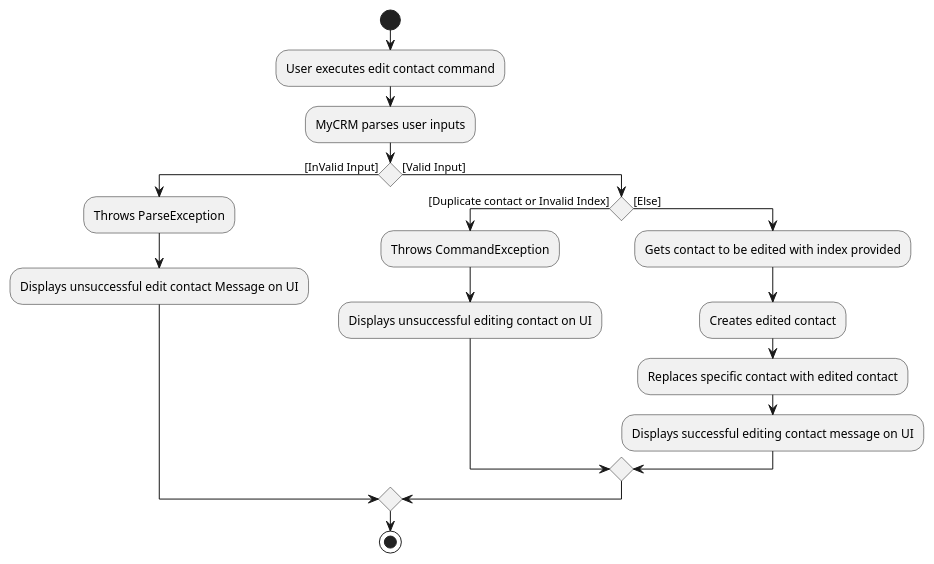
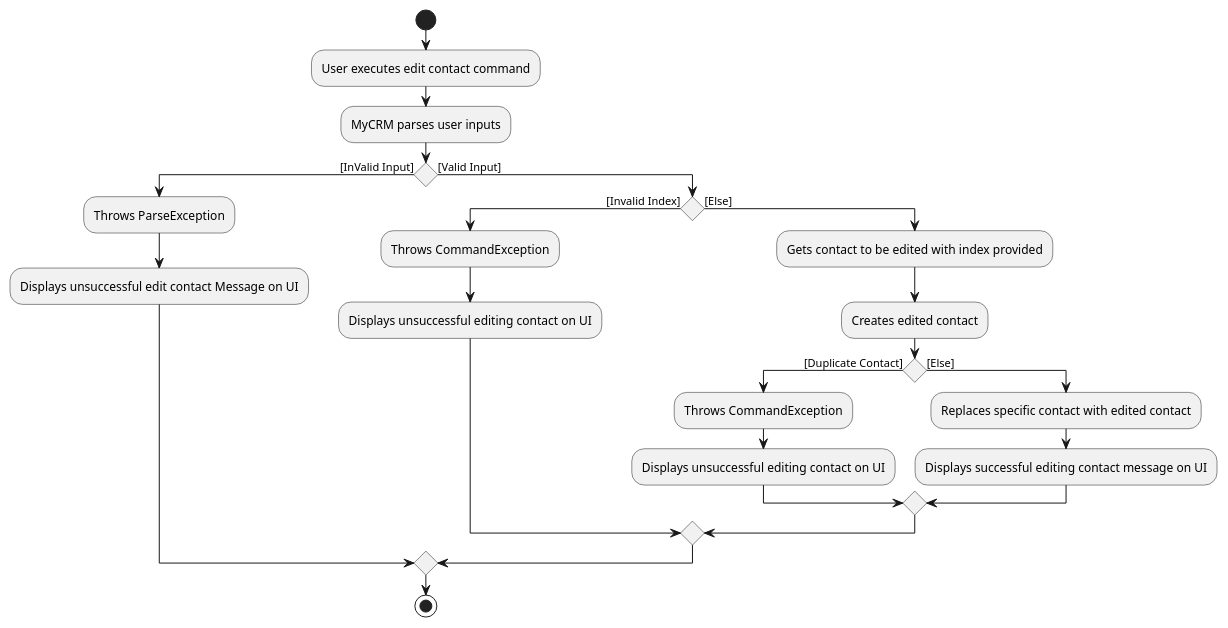
The diagram in docs/diagrams/contact/EditContactActivityDiagram.puml (ooawagaeri/tp), drawn with PlantUML before and after one commit. The commit also changed 3 other files, not shown here.

Commit message:
Fix diagram issues

```diff
--- a/docs/diagrams/contact/EditContactActivityDiagram.puml
+++ b/docs/diagrams/contact/EditContactActivityDiagram.puml
@@ -1,20 +1,25 @@
 @startuml
 start
 :User executes edit contact command;
 :MyCRM parses user inputs;
 if () then ([InValid Input])
     :Throws ParseException;
     :Displays unsuccessful edit contact Message on UI;
 else ([Valid Input])
-if () then ([Duplicate contact or Invalid Index])
+if () then ([Invalid Index])
     :Throws CommandException;
     :Displays unsuccessful editing contact on UI;
 else ([Else])
 :Gets contact to be edited with index provided;
 :Creates edited contact;
+if () then ([Duplicate Contact])
+    :Throws CommandException;
+    :Displays unsuccessful editing contact on UI;
+else ([Else])
 :Replaces specific contact with edited contact;
 :Displays successful editing contact message on UI;
 endif
 endif
+endif
 stop
 @enduml
```
